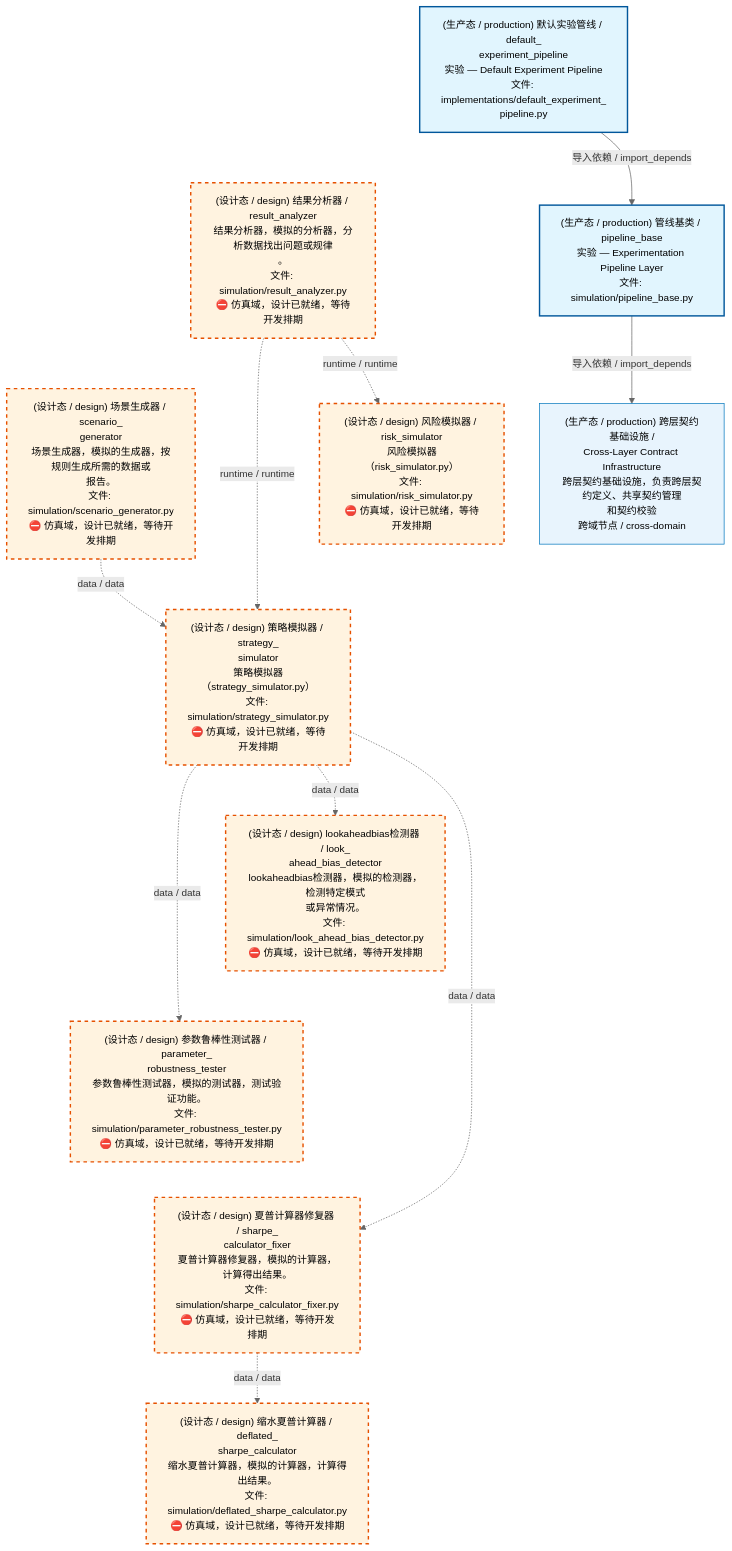
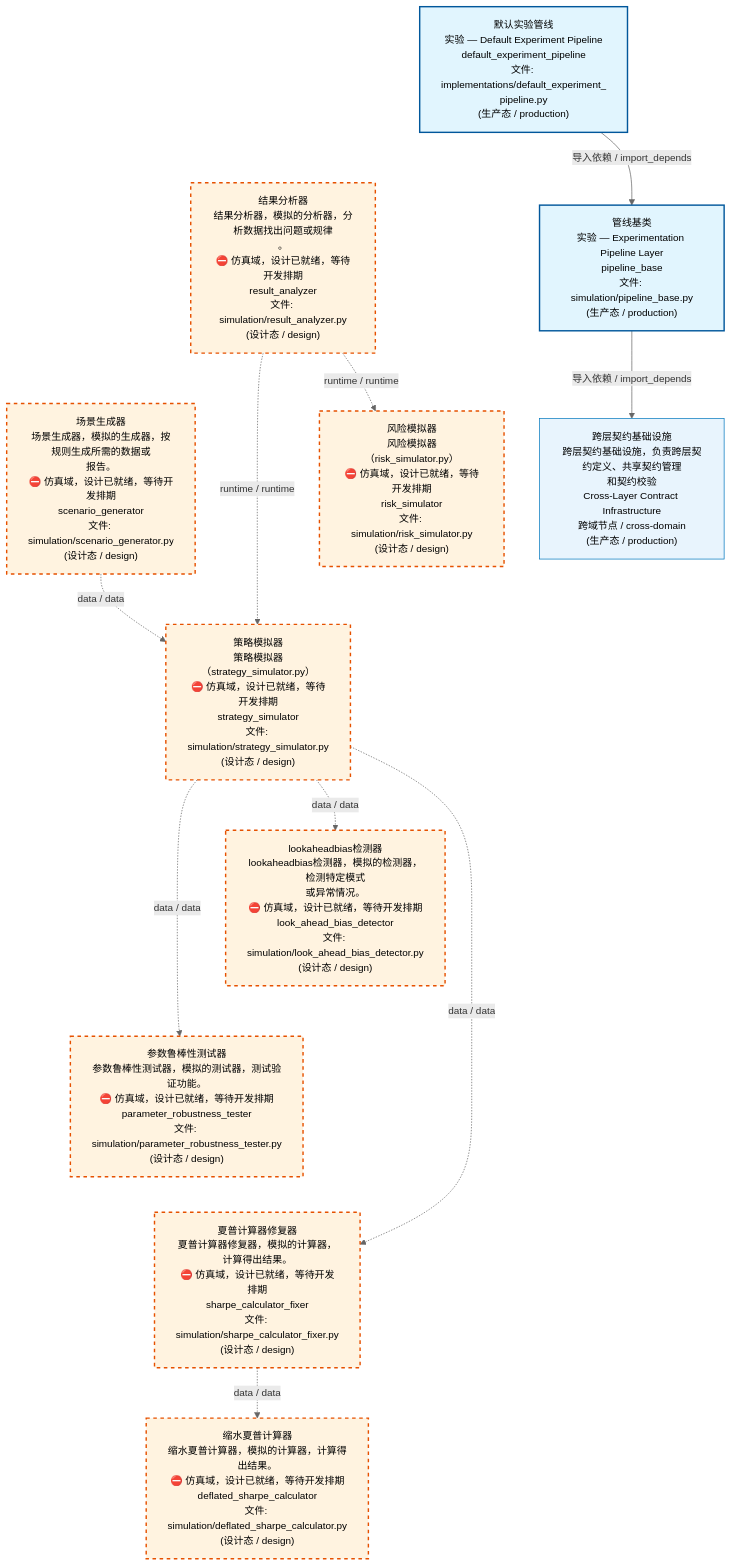
One commit to xuanFelixVan/ZephyrAlpha changed the first of 4 diagrams in docs/02_enterprise_architecture/02_domain_architecture_docs/70_d_simulation.md. Above: the diagram before and after it, drawn with Mermaid. The commit also changed other lines of this file and 62 other files, not shown here.

````diff
--- a/docs/02_enterprise_architecture/02_domain_architecture_docs/70_d_simulation.md
+++ b/docs/02_enterprise_architecture/02_domain_architecture_docs/70_d_simulation.md
@@ -53,37 +53,37 @@
 ```mermaid
 %%{init: {'theme': 'base', 'themeVariables': {'primaryColor': '#eaeaea', 'primaryTextColor': '#333333', 'primaryBorderColor': '#666666', 'lineColor': '#666666', 'secondaryColor': '#eaeaea', 'tertiaryColor': '#eaeaea', 'fontSize': '14px'}}}%%
 flowchart TD
-    src_zephyr_simulation_implementations_default_experiment_pipeline_py["(生产态 / production) 默认实验管线 / default_<br/>experiment_pipeline<br/>实验 — Default Experiment Pipeline<br/>文件: implementations/default_experiment_<br/>pipeline.py"]
-    src_zephyr_simulation_result_analyzer_py["(设计态 / design) 结果分析器 / result_analyzer<br/>结果分析器，模拟的分析器，分析数据找出问题或规律<br/>。<br/>文件: simulation/result_analyzer.py<br/>⛔ 仿真域，设计已就绪，等待开发排期"]
-    src_zephyr_simulation_scenario_generator_py["(设计态 / design) 场景生成器 / scenario_<br/>generator<br/>场景生成器，模拟的生成器，按规则生成所需的数据或<br/>报告。<br/>文件: simulation/scenario_generator.py<br/>⛔ 仿真域，设计已就绪，等待开发排期"]
+    src_zephyr_simulation_implementations_default_experiment_pipeline_py["默认实验管线<br/>实验 — Default Experiment Pipeline<br/>default_experiment_pipeline<br/>文件: implementations/default_experiment_<br/>pipeline.py<br/>(生产态 / production)"]
+    src_zephyr_simulation_result_analyzer_py["结果分析器<br/>结果分析器，模拟的分析器，分析数据找出问题或规律<br/>。<br/>⛔ 仿真域，设计已就绪，等待开发排期<br/>result_analyzer<br/>文件: simulation/result_analyzer.py<br/>(设计态 / design)"]
+    src_zephyr_simulation_scenario_generator_py["场景生成器<br/>场景生成器，模拟的生成器，按规则生成所需的数据或<br/>报告。<br/>⛔ 仿真域，设计已就绪，等待开发排期<br/>scenario_generator<br/>文件: simulation/scenario_generator.py<br/>(设计态 / design)"]
     src_zephyr_simulation_implementations_default_experiment_pipeline_py ~~~ src_zephyr_simulation_result_analyzer_py
     src_zephyr_simulation_result_analyzer_py ~~~ src_zephyr_simulation_scenario_generator_py
-    src_zephyr_simulation_pipeline_base_py["(生产态 / production) 管线基类 / pipeline_base<br/>实验 — Experimentation Pipeline Layer<br/>文件: simulation/pipeline_base.py"]
-    src_zephyr_simulation_risk_simulator_py["(设计态 / design) 风险模拟器 / risk_simulator<br/>风险模拟器（risk_simulator.py）<br/>文件: simulation/risk_simulator.py<br/>⛔ 仿真域，设计已就绪，等待开发排期"]
-    src_zephyr_simulation_strategy_simulator_py["(设计态 / design) 策略模拟器 / strategy_<br/>simulator<br/>策略模拟器（strategy_simulator.py）<br/>文件: simulation/strategy_simulator.py<br/>⛔ 仿真域，设计已就绪，等待开发排期"]
+    src_zephyr_simulation_pipeline_base_py["管线基类<br/>实验 — Experimentation Pipeline Layer<br/>pipeline_base<br/>文件: simulation/pipeline_base.py<br/>(生产态 / production)"]
+    src_zephyr_simulation_risk_simulator_py["风险模拟器<br/>风险模拟器（risk_simulator.py）<br/>⛔ 仿真域，设计已就绪，等待开发排期<br/>risk_simulator<br/>文件: simulation/risk_simulator.py<br/>(设计态 / design)"]
+    src_zephyr_simulation_strategy_simulator_py["策略模拟器<br/>策略模拟器（strategy_simulator.py）<br/>⛔ 仿真域，设计已就绪，等待开发排期<br/>strategy_simulator<br/>文件: simulation/strategy_simulator.py<br/>(设计态 / design)"]
     src_zephyr_simulation_pipeline_base_py ~~~ src_zephyr_simulation_risk_simulator_py
     src_zephyr_simulation_risk_simulator_py ~~~ src_zephyr_simulation_strategy_simulator_py
-    src_zephyr_simulation_look_ahead_bias_detector_py["(设计态 / design) lookaheadbias检测器 / look_<br/>ahead_bias_detector<br/>lookaheadbias检测器，模拟的检测器，检测特定模式<br/>或异常情况。<br/>文件: simulation/look_ahead_bias_detector.py<br/>⛔ 仿真域，设计已就绪，等待开发排期"]
-    src_zephyr_simulation_parameter_robustness_tester_py["(设计态 / design) 参数鲁棒性测试器 / parameter_<br/>robustness_tester<br/>参数鲁棒性测试器，模拟的测试器，测试验证功能。<br/>文件: simulation/parameter_robustness_tester.py<br/>⛔ 仿真域，设计已就绪，等待开发排期"]
-    src_zephyr_simulation_sharpe_calculator_fixer_py["(设计态 / design) 夏普计算器修复器 / sharpe_<br/>calculator_fixer<br/>夏普计算器修复器，模拟的计算器，计算得出结果。<br/>文件: simulation/sharpe_calculator_fixer.py<br/>⛔ 仿真域，设计已就绪，等待开发排期"]
+    src_zephyr_simulation_look_ahead_bias_detector_py["lookaheadbias检测器<br/>lookaheadbias检测器，模拟的检测器，检测特定模式<br/>或异常情况。<br/>⛔ 仿真域，设计已就绪，等待开发排期<br/>look_ahead_bias_detector<br/>文件: simulation/look_ahead_bias_detector.py<br/>(设计态 / design)"]
+    src_zephyr_simulation_parameter_robustness_tester_py["参数鲁棒性测试器<br/>参数鲁棒性测试器，模拟的测试器，测试验证功能。<br/>⛔ 仿真域，设计已就绪，等待开发排期<br/>parameter_robustness_tester<br/>文件: simulation/parameter_robustness_tester.py<br/>(设计态 / design)"]
+    src_zephyr_simulation_sharpe_calculator_fixer_py["夏普计算器修复器<br/>夏普计算器修复器，模拟的计算器，计算得出结果。<br/>⛔ 仿真域，设计已就绪，等待开发排期<br/>sharpe_calculator_fixer<br/>文件: simulation/sharpe_calculator_fixer.py<br/>(设计态 / design)"]
     src_zephyr_simulation_look_ahead_bias_detector_py ~~~ src_zephyr_simulation_parameter_robustness_tester_py
     src_zephyr_simulation_parameter_robustness_tester_py ~~~ src_zephyr_simulation_sharpe_calculator_fixer_py
-    src_zephyr_simulation_deflated_sharpe_calculator_py["(设计态 / design) 缩水夏普计算器 / deflated_<br/>sharpe_calculator<br/>缩水夏普计算器，模拟的计算器，计算得出结果。<br/>文件: simulation/deflated_sharpe_calculator.py<br/>⛔ 仿真域，设计已就绪，等待开发排期"]
+    src_zephyr_simulation_deflated_sharpe_calculator_py["缩水夏普计算器<br/>缩水夏普计算器，模拟的计算器，计算得出结果。<br/>⛔ 仿真域，设计已就绪，等待开发排期<br/>deflated_sharpe_calculator<br/>文件: simulation/deflated_sharpe_calculator.py<br/>(设计态 / design)"]
     src_zephyr_simulation_strategy_simulator_py -.->|data / data| src_zephyr_simulation_parameter_robustness_tester_py
     src_zephyr_simulation_strategy_simulator_py -.->|data / data| src_zephyr_simulation_look_ahead_bias_detector_py
     src_zephyr_simulation_strategy_simulator_py -.->|data / data| src_zephyr_simulation_sharpe_calculator_fixer_py
     src_zephyr_simulation_scenario_generator_py -.->|data / data| src_zephyr_simulation_strategy_simulator_py
     src_zephyr_simulation_result_analyzer_py -.->|runtime / runtime| src_zephyr_simulation_strategy_simulator_py
     src_zephyr_simulation_result_analyzer_py -.->|runtime / runtime| src_zephyr_simulation_risk_simulator_py
     src_zephyr_simulation_sharpe_calculator_fixer_py -.->|data / data| src_zephyr_simulation_deflated_sharpe_calculator_py
     src_zephyr_simulation_implementations_default_experiment_pipeline_py -->|导入依赖 / import_depends| src_zephyr_simulation_pipeline_base_py
-    D_INFRASTRUCTURE["(生产态 / production) 跨层契约基础设施 /<br/>Cross-Layer Contract Infrastructure<br/>跨层契约基础设施，负责跨层契约定义、共享契约管理<br/>和契约校验<br/>跨域节点 / cross-domain"]
+    D_INFRASTRUCTURE["跨层契约基础设施<br/>跨层契约基础设施，负责跨层契约定义、共享契约管理<br/>和契约校验<br/>Cross-Layer Contract Infrastructure<br/>跨域节点 / cross-domain<br/>(生产态 / production)"]
     src_zephyr_simulation_pipeline_base_py -->|导入依赖 / import_depends| D_INFRASTRUCTURE
     classDef production fill:#e1f5fe,stroke:#01579b,stroke-width:2px,color:#000
     classDef design fill:#fff3e0,stroke:#e65100,stroke-width:2px,color:#000,stroke-dasharray: 5 5
     classDef external_prod fill:#e8f4fd,stroke:#0277bd,stroke-width:1px,color:#000
     classDef external_design fill:#fff8e7,stroke:#ef6c00,stroke-width:1px,color:#000,stroke-dasharray: 5 5
     class src_zephyr_simulation_implementations_default_experiment_pipeline_py,src_zephyr_simulation_pipeline_base_py production
     class src_zephyr_simulation_deflated_sharpe_calculator_py,src_zephyr_simulation_look_ahead_bias_detector_py,src_zephyr_simulation_parameter_robustness_tester_py,src_zephyr_simulation_result_analyzer_py,src_zephyr_simulation_risk_simulator_py,src_zephyr_simulation_scenario_generator_py,src_zephyr_simulation_sharpe_calculator_fixer_py,src_zephyr_simulation_strategy_simulator_py design
     class D_INFRASTRUCTURE external_prod
 ```
````
